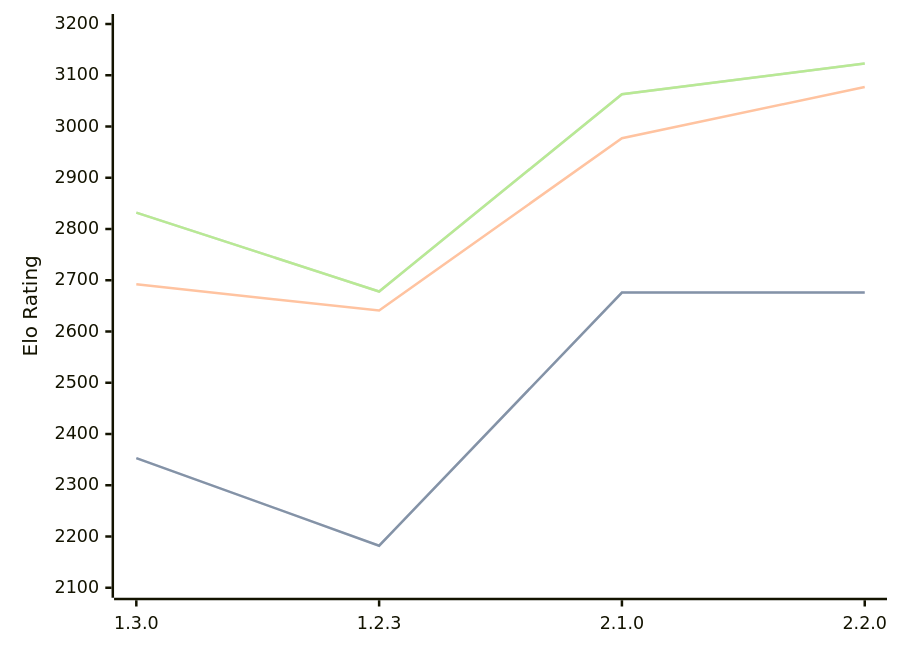
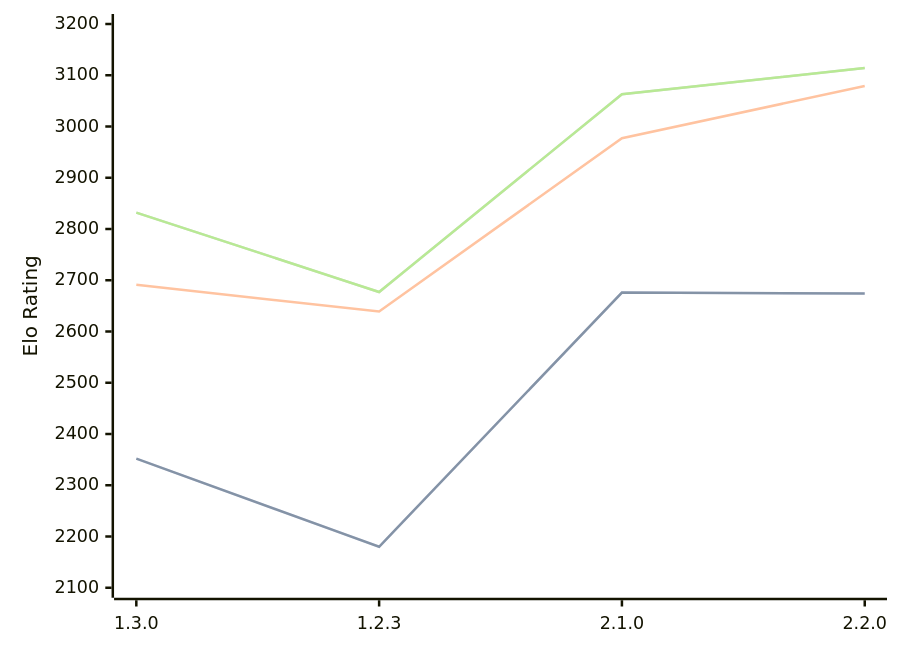
The first of 3 diagrams in engines/Aspen.md (computer-chess-index/cci), drawn with Mermaid before and after one commit. The commit also changed other lines of this file, not shown here.

Commit message:
Update CCI Ratings (ELO VLTC) - 2026-06-26

````diff
--- a/engines/Aspen.md
+++ b/engines/Aspen.md
@@ -43,11 +43,11 @@
 ```mermaid
 %%{init: {"theme":"base","themeVariables":{"seriesColors:['#a3a3a3','#222221','#faa371']}}}%%
 xychart-beta
   x-axis ["1.3.0", "1.2.3", "2.1.0", "2.2.0"]
   y-axis "Elo Rating" 2100 --> 3200
-  line "STC (8.0+0.08s)" [2353, 2182, 2676, 2676]
-  line "STC (8.0+0.08s)" [2353, 2182, 2676, 2676]
-  line "LTC (60.0+0.60s)" [2692, 2641, 2977, 3077]
-  line "VLTC (2m24s+1.12s)" [2832, 2678, 3063, 3123]
-  line "VLTC (2m24s+1.12s)" [2832, 2678, 3063, 3123]
+  line "STC (8.0+0.08s)" [2352, 2180, 2676, 2674]
+  line "STC (8.0+0.08s)" [2352, 2180, 2676, 2674]
+  line "LTC (60.0+0.60s)" [2691, 2639, 2977, 3079]
+  line "VLTC (2m24s+1.12s)" [2832, 2677, 3063, 3114]
+  line "VLTC (2m24s+1.12s)" [2832, 2677, 3063, 3114]
 ```
````
